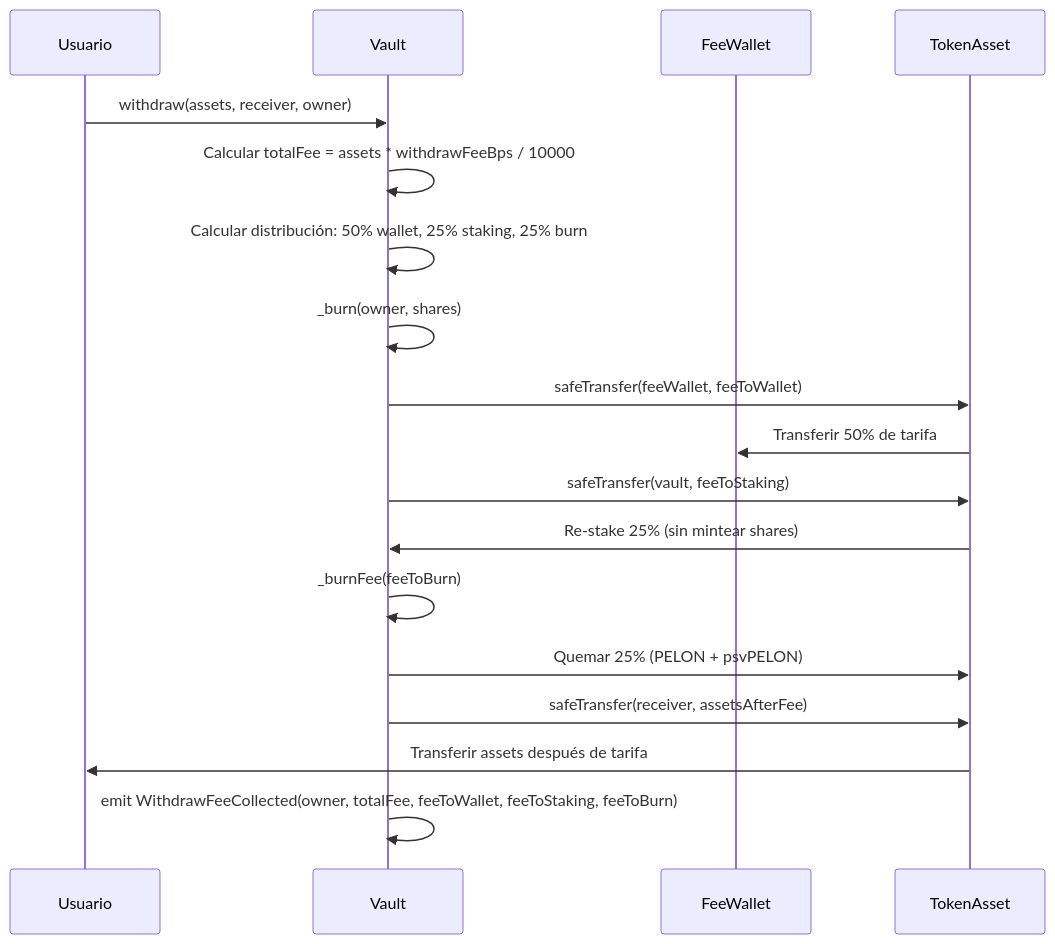
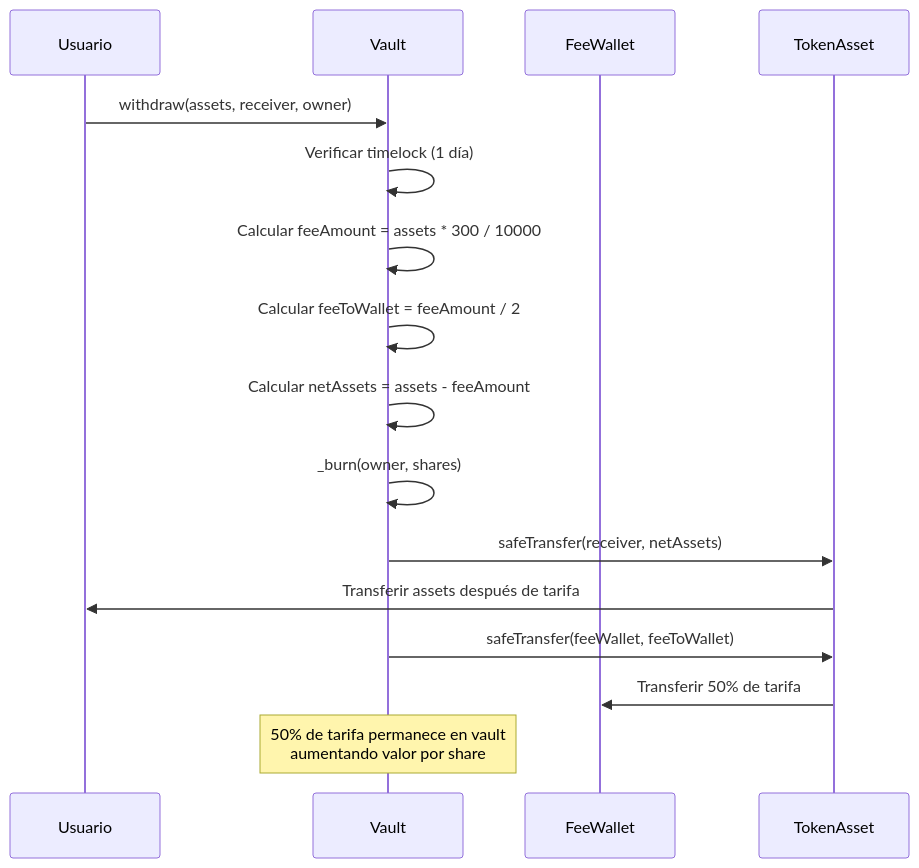
Before and after one commit to PelonClub/PelonClub-BaseNetwork-Monorepo: the fourth of 5 diagrams in docs/es/pelon-staking-vault.md, drawn with Mermaid. The commit also changed other lines of this file and 9 other files, not shown here.

````diff
--- a/docs/es/pelon-staking-vault.md
+++ b/docs/es/pelon-staking-vault.md
@@ -348,21 +233,19 @@
 ```mermaid
 sequenceDiagram
     participant Usuario
     participant Vault
     participant FeeWallet
     participant TokenAsset
     
     Usuario->>Vault: withdraw(assets, receiver, owner)
-    Vault->>Vault: Calcular totalFee = assets * withdrawFeeBps / 10000
-    Vault->>Vault: Calcular distribución: 50% wallet, 25% staking, 25% burn
+    Vault->>Vault: Verificar timelock (1 día)
+    Vault->>Vault: Calcular feeAmount = assets * 300 / 10000
+    Vault->>Vault: Calcular feeToWallet = feeAmount / 2
+    Vault->>Vault: Calcular netAssets = assets - feeAmount
     Vault->>Vault: _burn(owner, shares)
+    Vault->>TokenAsset: safeTransfer(receiver, netAssets)
+    TokenAsset->>Usuario: Transferir assets después de tarifa
     Vault->>TokenAsset: safeTransfer(feeWallet, feeToWallet)
     TokenAsset->>FeeWallet: Transferir 50% de tarifa
-    Vault->>TokenAsset: safeTransfer(vault, feeToStaking)
-    TokenAsset->>Vault: Re-stake 25% (sin mintear shares)
-    Vault->>Vault: _burnFee(feeToBurn)
-    Vault->>TokenAsset: Quemar 25% (PELON + psvPELON)
-    Vault->>TokenAsset: safeTransfer(receiver, assetsAfterFee)
-    TokenAsset->>Usuario: Transferir assets después de tarifa
-    Vault->>Vault: emit WithdrawFeeCollected(owner, totalFee, feeToWallet, feeToStaking, feeToBurn)
+    Note over Vault: 50% de tarifa permanece en vault<br/>aumentando valor por share
 ```
````
